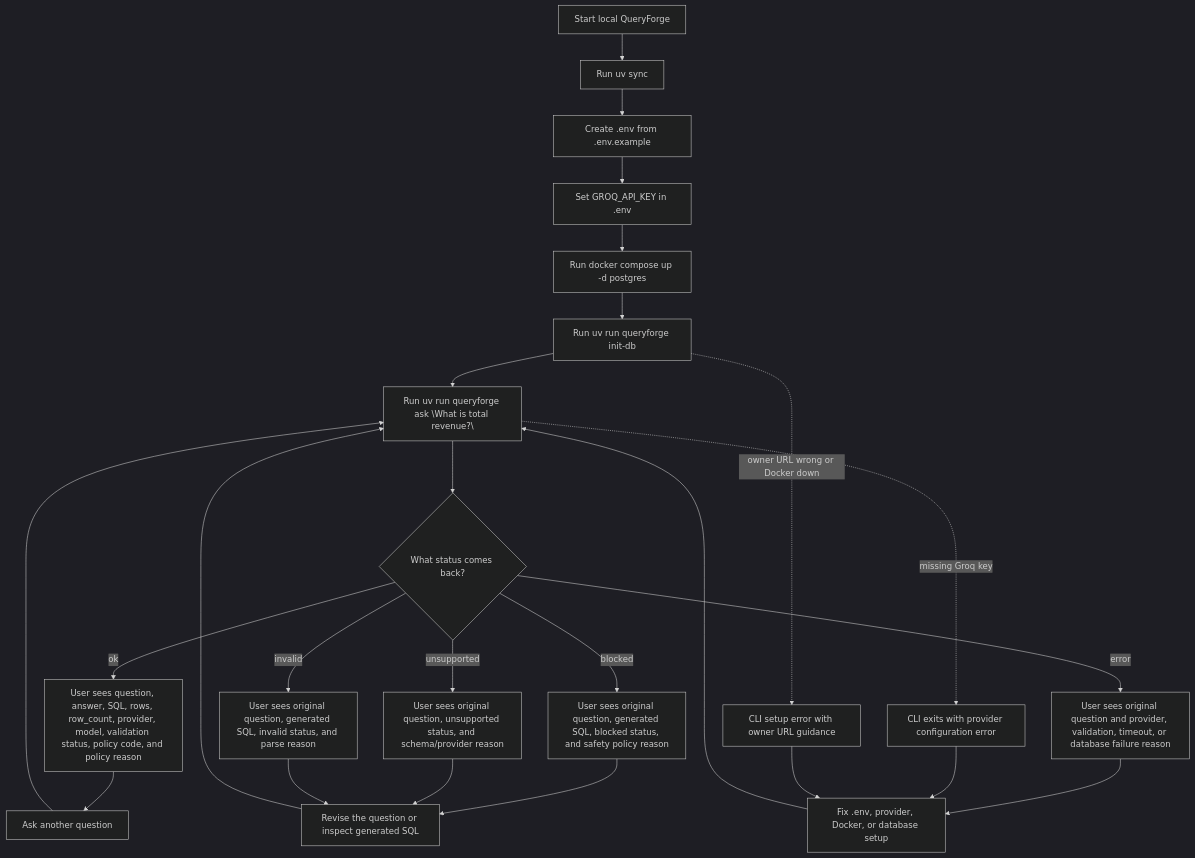
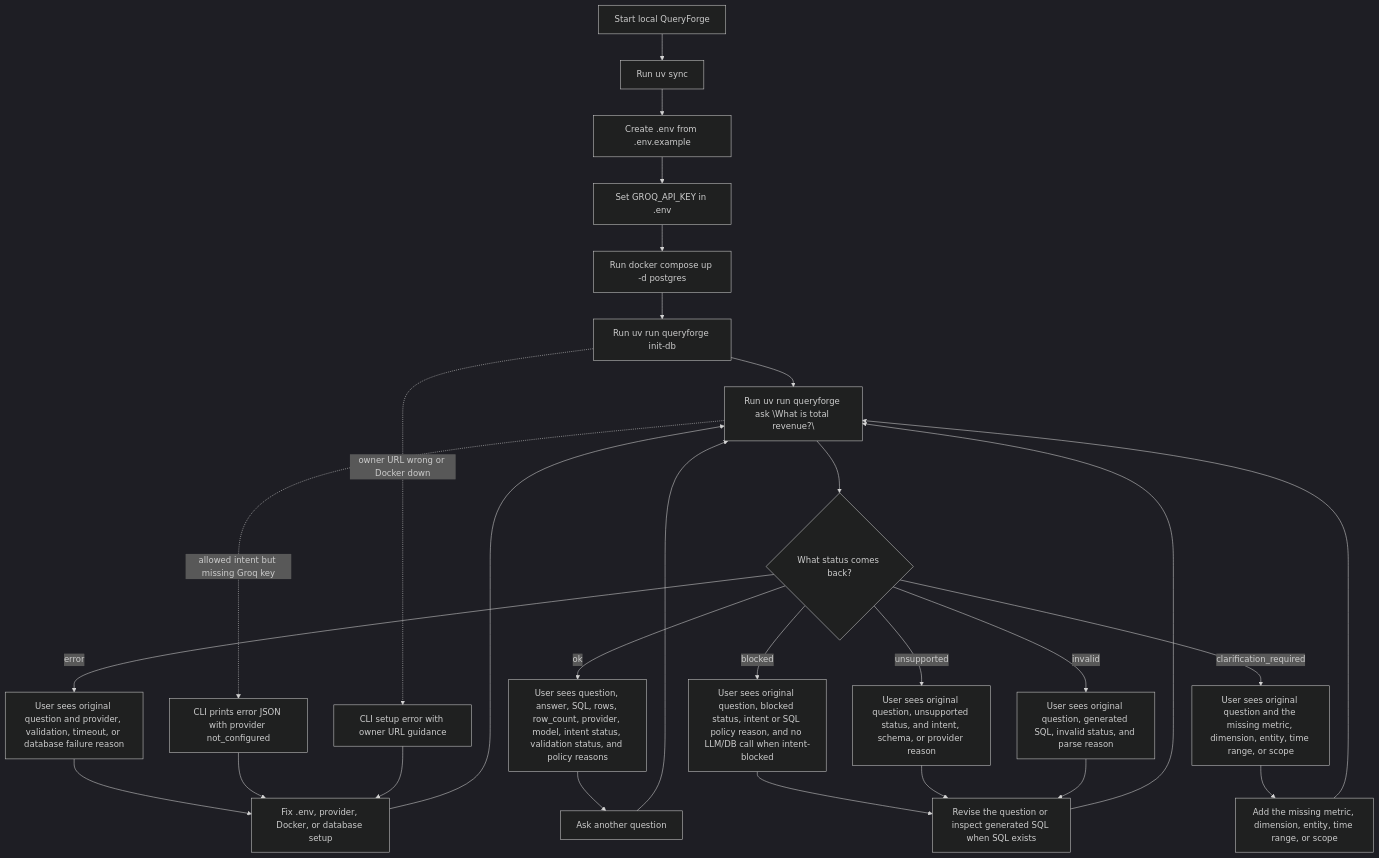
Before and after one commit to arpan-artisan/QueryForge: the third of 3 diagrams in docs/architecture-diagrams.md, drawn with Mermaid (dark theme). The commit also changed other lines of this file and 17 other files, not shown here.

Commit message:
Add intent policy guardrail

````diff
--- a/docs/architecture-diagrams.md
+++ b/docs/architecture-diagrams.md
@@ -166,31 +198,34 @@
 ```mermaid
 flowchart TD
     start["Start local QueryForge"] --> deps["Run uv sync"]
     deps --> env_file["Create .env from .env.example"]
     env_file --> key["Set GROQ_API_KEY in .env"]
     key --> db_start["Run docker compose up -d postgres"]
     db_start --> init_db["Run uv run queryforge init-db"]
     init_db --> ask["Run uv run queryforge ask \"What is total revenue?\""]
 
     init_db -. owner URL wrong or Docker down .-> setup_error["CLI setup error with owner URL guidance"]
-    ask -. missing Groq key .-> credential_error["CLI exits with provider configuration error"]
+    ask -. allowed intent but missing Groq key .-> credential_error["CLI prints error JSON with provider not_configured"]
 
     ask --> status{"What status comes back?"}
-    status -- ok --> success["User sees question, answer, SQL, rows, row_count, provider, model, validation status, policy code, and policy reason"]
-    status -- blocked --> blocked["User sees original question, generated SQL, blocked status, and safety policy reason"]
-    status -- unsupported --> unsupported["User sees original question, unsupported status, and schema/provider reason"]
+    status -- ok --> success["User sees question, answer, SQL, rows, row_count, provider, model, intent status, validation status, and policy reasons"]
+    status -- blocked --> blocked["User sees original question, blocked status, intent or SQL policy reason, and no LLM/DB call when intent-blocked"]
+    status -- unsupported --> unsupported["User sees original question, unsupported status, and intent, schema, or provider reason"]
+    status -- clarification_required --> clarification["User sees original question and the missing metric, dimension, entity, time range, or scope"]
     status -- invalid --> invalid["User sees original question, generated SQL, invalid status, and parse reason"]
     status -- error --> error["User sees original question and provider, validation, timeout, or database failure reason"]
 
     success --> next_question["Ask another question"]
-    blocked --> revise["Revise the question or inspect generated SQL"]
+    blocked --> revise["Revise the question or inspect generated SQL when SQL exists"]
     unsupported --> revise
+    clarification --> clarify_question["Add the missing metric, dimension, entity, time range, or scope"]
+    clarify_question --> ask
     invalid --> revise
     error --> fix_setup["Fix .env, provider, Docker, or database setup"]
     credential_error --> fix_setup
     setup_error --> fix_setup
 
     revise --> ask
     fix_setup --> ask
     next_question --> ask
 ```
````
